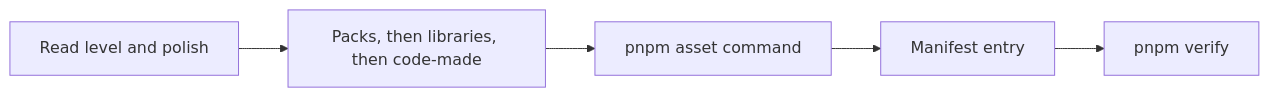
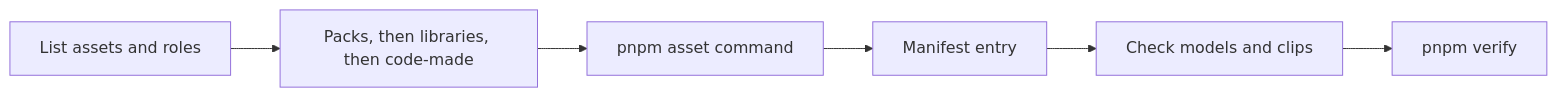
One commit to willianjusten/agent-skills changed the diagram in skills/realtime/asset-pipeline/README.md. Above: the diagram before and after it, drawn with Mermaid. The commit also changed other lines of this file and 3 other files, not shown here.

````diff
--- a/skills/realtime/asset-pipeline/README.md
+++ b/skills/realtime/asset-pipeline/README.md
@@ -19,7 +7,8 @@
 ```mermaid
 flowchart LR
-  A[Read level and polish] --> B[Packs, then libraries, then code-made]
+  A[List assets and roles] --> B[Packs, then libraries, then code-made]
   B --> C[pnpm asset command]
   C --> D[Manifest entry]
-  D --> E[pnpm verify]
+  D --> E[Check models and clips]
+  E --> F[pnpm verify]
 ```
````
